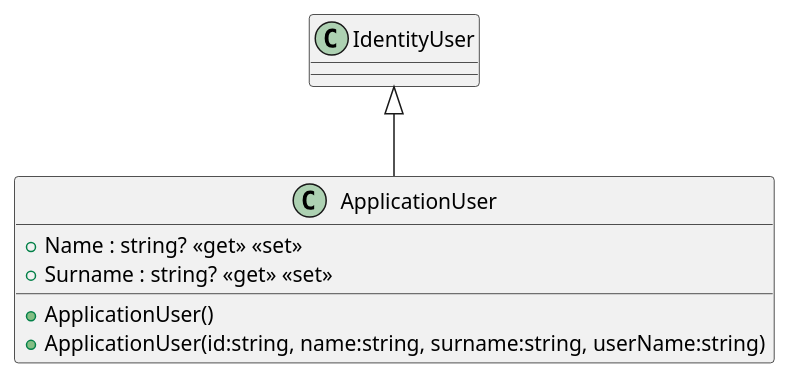
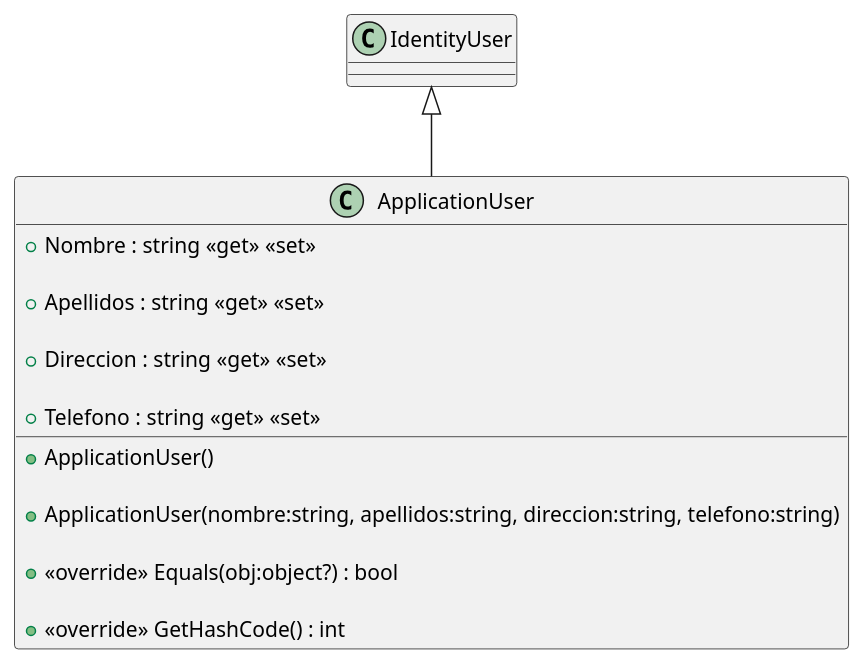
One commit to ISII2627NPA/ISII2627NPA changed the diagram in src/AppForSEII.API/ClassDiagram/ApplicationUser.puml. Above: the diagram before and after it, drawn with PlantUML. The commit also changed 1 other file, not shown here.

Commit message:
Cambio en los atributos de Resena.cs y el .puml de Application.User

```diff
--- a/src/AppForSEII.API/ClassDiagram/ApplicationUser.puml
+++ b/src/AppForSEII.API/ClassDiagram/ApplicationUser.puml
@@ -1,9 +1,25 @@
 @startuml
+
 class ApplicationUser {
+
+    + Nombre : string <<get>> <<set>>
+
+    + Apellidos : string <<get>> <<set>>
+
+    + Direccion : string <<get>> <<set>>
+
+    + Telefono : string <<get>> <<set>>
+
     + ApplicationUser()
-    + ApplicationUser(id:string, name:string, surname:string, userName:string)
-    + Name : string? <<get>> <<set>>
-    + Surname : string? <<get>> <<set>>
+
+    + ApplicationUser(nombre:string, apellidos:string, direccion:string, telefono:string)
+
+    + <<override>> Equals(obj:object?) : bool
+
+    + <<override>> GetHashCode() : int
+
 }
+
 IdentityUser <|-- ApplicationUser
+
 @enduml
```
